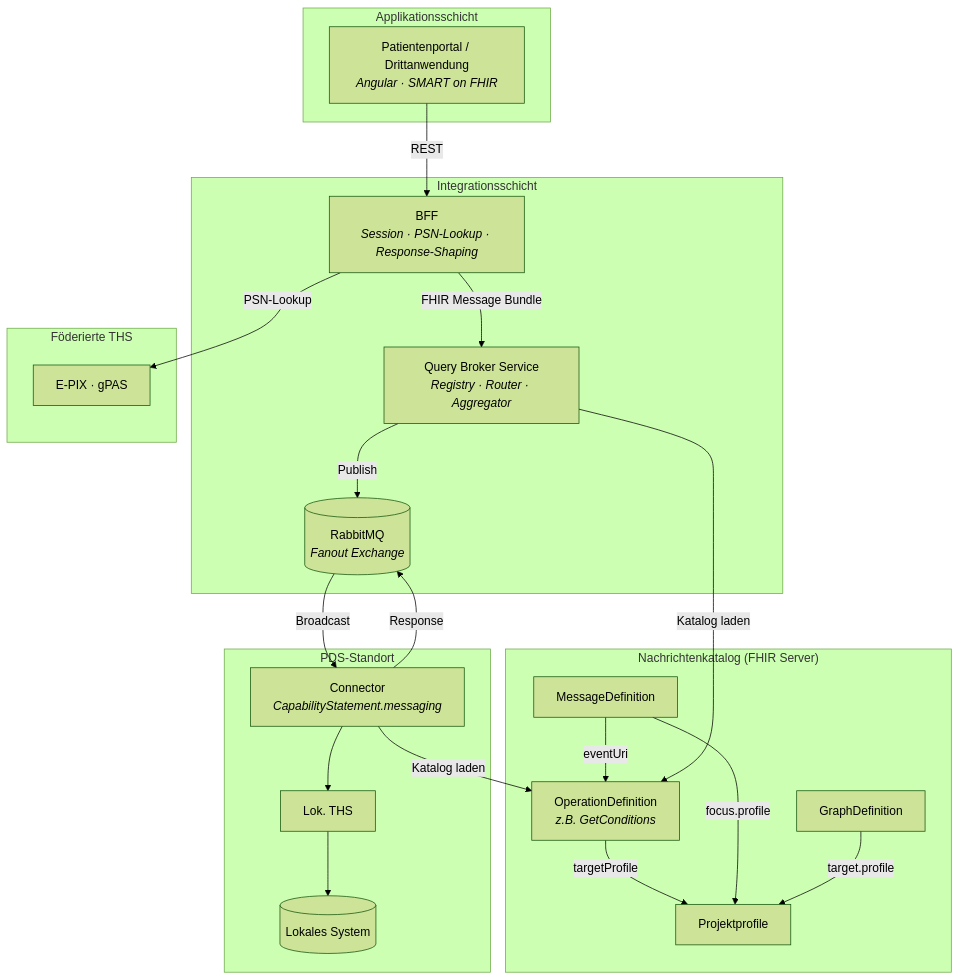
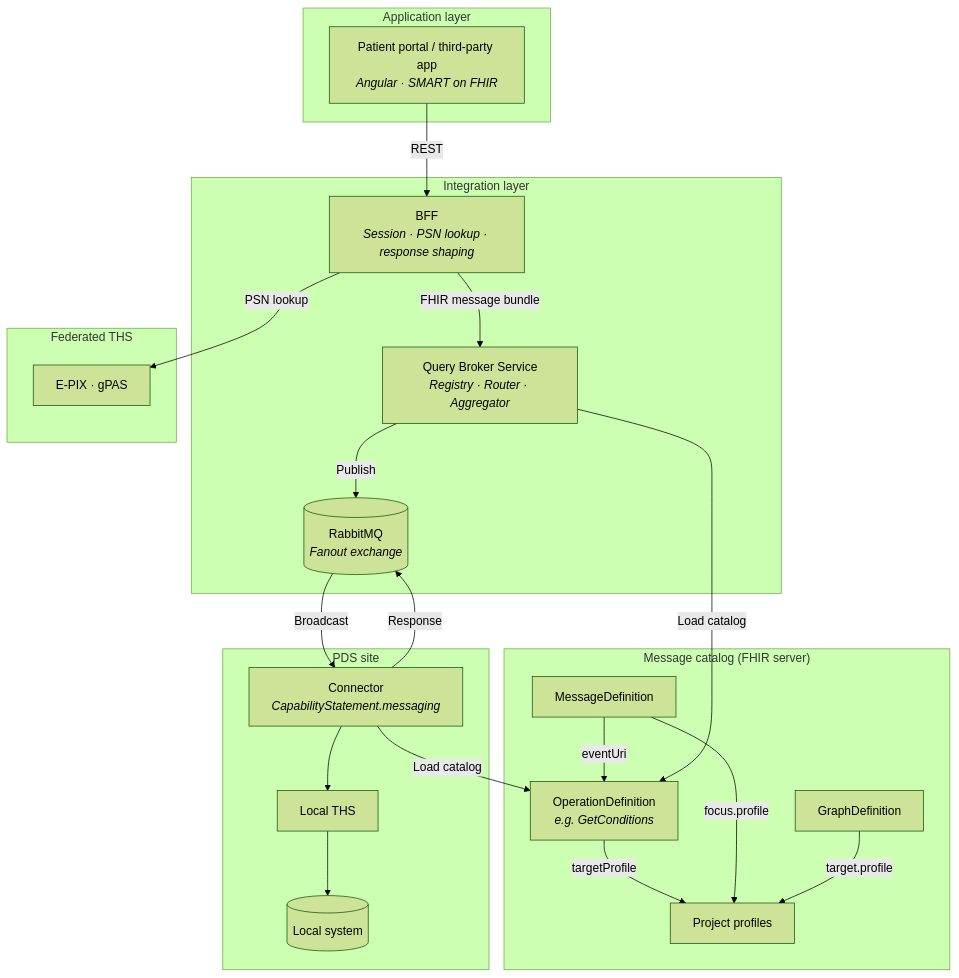
The diagram in README.md (forschungsgruppe-digital-health/pds-query-broker), drawn with Mermaid (forest theme) before and after one commit. The commit also changed other lines of this file and 40 other files, not shown here.

````diff
--- a/README.md
+++ b/README.md
@@ -25,42 +27,42 @@
 ```mermaid
 graph TB
-    subgraph Applikationsschicht
-        APP["Patientenportal / Drittanwendung<br/><i>Angular · SMART on FHIR</i>"]
+    subgraph "Application layer"
+        APP["Patient portal / third-party app<br/><i>Angular · SMART on FHIR</i>"]
     end
 
-    subgraph Integrationsschicht
-        BFF["BFF<br/><i>Session · PSN-Lookup · Response-Shaping</i>"]
+    subgraph "Integration layer"
+        BFF["BFF<br/><i>Session · PSN lookup · response shaping</i>"]
         BROKER["Query Broker Service<br/><i>Registry · Router · Aggregator</i>"]
-        MQ[("RabbitMQ<br/><i>Fanout Exchange</i>")]
+        MQ[("RabbitMQ<br/><i>Fanout exchange</i>")]
     end
 
-    subgraph "Nachrichtenkatalog (FHIR Server)"
-        OPDEF["OperationDefinition<br/><i>z.B. GetConditions</i>"]
+    subgraph "Message catalog (FHIR server)"
+        OPDEF["OperationDefinition<br/><i>e.g. GetConditions</i>"]
         MSGDEF["MessageDefinition"]
         GRAPHDEF["GraphDefinition"]
-        KDS["Projektprofile"]
+        KDS["Project profiles"]
         MSGDEF -->|"eventUri"| OPDEF
         OPDEF -->|"targetProfile"| KDS
         MSGDEF -->|"focus.profile"| KDS
         GRAPHDEF -->|"target.profile"| KDS
     end
 
-    subgraph "Föderierte THS"
+    subgraph "Federated THS"
         FTHS["E-PIX · gPAS"]
     end
 
-    subgraph "PDS-Standort"
+    subgraph "PDS site"
         CONN["Connector<br/><i>CapabilityStatement.messaging</i>"]
-        LTHS["Lok. THS"] --> SRC[("Lokales System")]
+        LTHS["Local THS"] --> SRC[("Local system")]
     end
 
     APP -->|"REST"| BFF
-    BFF -->|"PSN-Lookup"| FTHS
-    BFF -->|"FHIR Message Bundle"| BROKER
-    BROKER -->|"Katalog laden"| OPDEF
+    BFF -->|"PSN lookup"| FTHS
+    BFF -->|"FHIR message bundle"| BROKER
+    BROKER -->|"Load catalog"| OPDEF
     BROKER -->|"Publish"| MQ
     MQ -->|"Broadcast"| CONN
     CONN -->|"Response"| MQ
     CONN --> LTHS
-    CONN -->|"Katalog laden"| OPDEF
+    CONN -->|"Load catalog"| OPDEF
 ```
````
